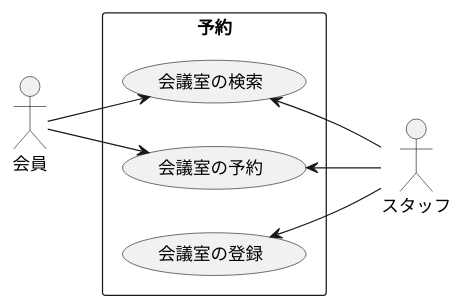
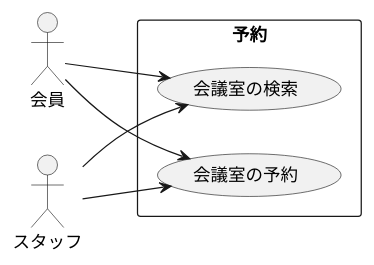
One commit to k2works/case-study-mrs changed diagram 19 of 25 in docs/index.adoc. Above: the diagram before and after it, drawn with PlantUML. The commit also changed other lines of this file and 7 other files, not shown here.

```diff
--- a/docs/index.adoc
+++ b/docs/index.adoc
@@ -598,18 +598,16 @@
 [plantuml]
 ----
 @startuml
 left to right direction
 actor "会員" as member
 actor "スタッフ" as admin
 rectangle 予約 {
   usecase "会議室の検索" as UC2
   usecase "会議室の予約" as UC3
-  usecase "会議室の登録" as UC4
 }
 member --> UC2
 member --> UC3
-UC2 <-- admin
-UC3 <-- admin
-UC4 <-- admin
+admin --> UC2
+admin --> UC3
 @enduml
 ----
```
